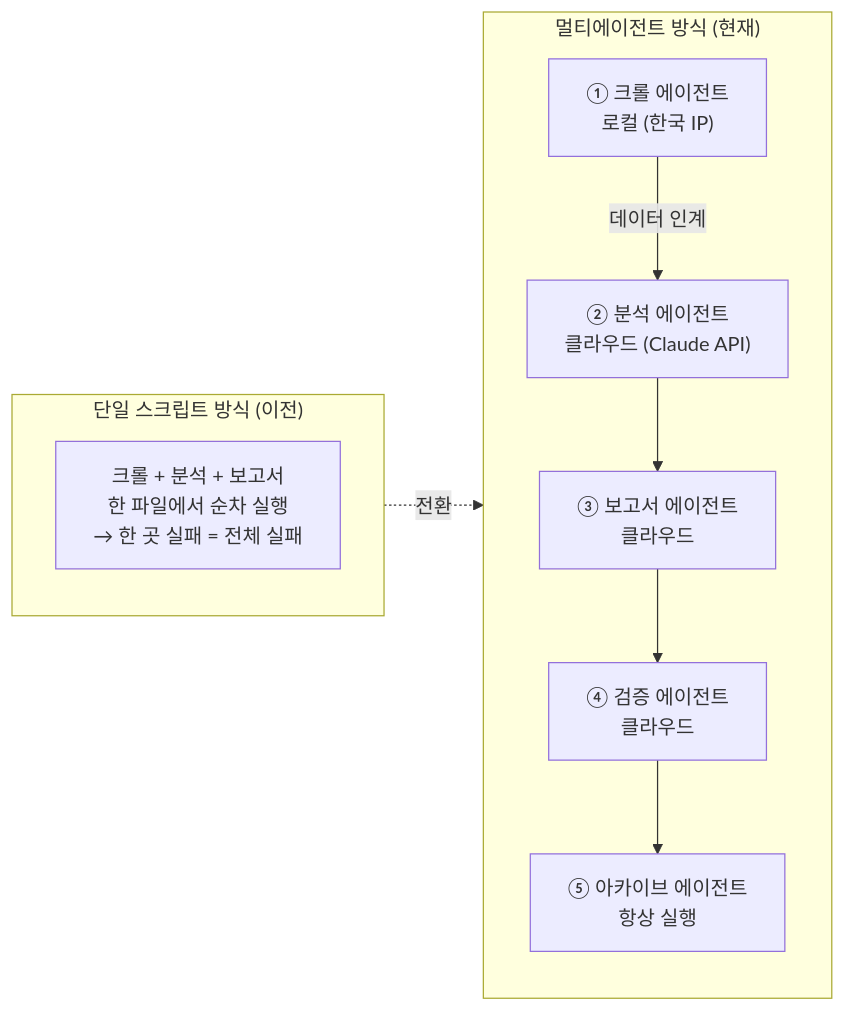
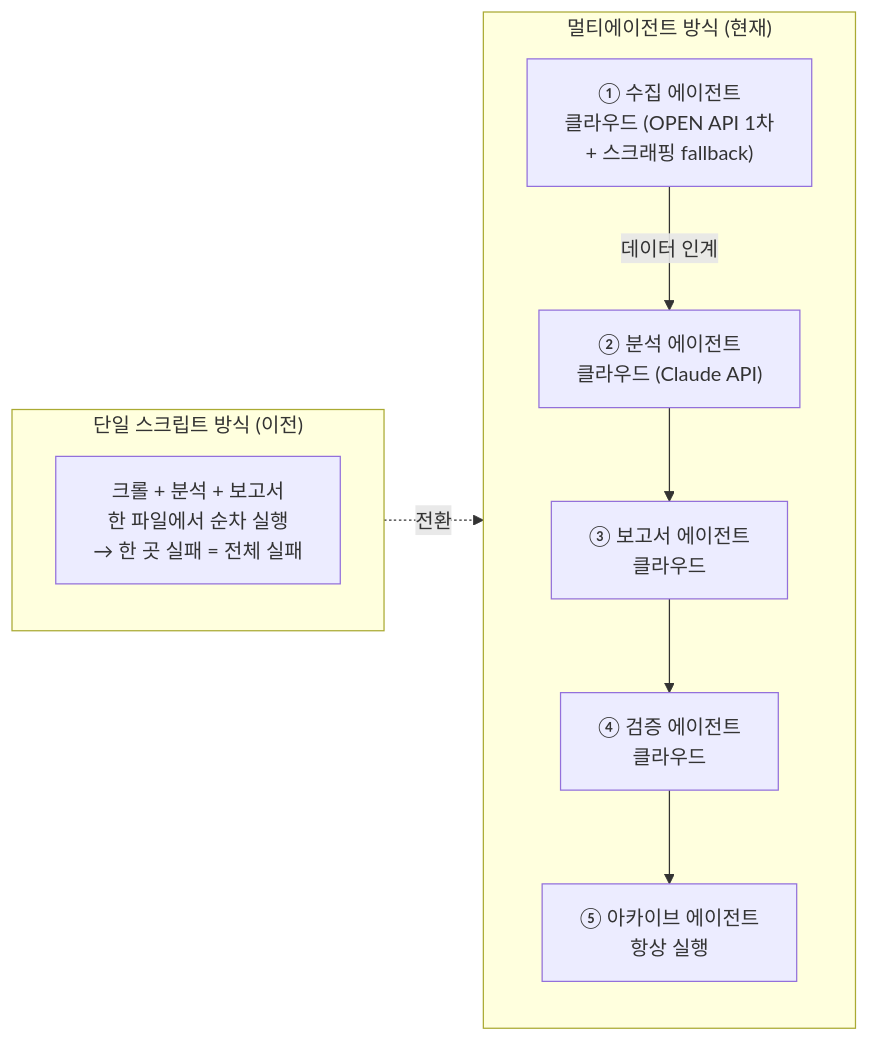
One commit to pyorocop-lang/ibk-FSS-brief changed the diagram in docs/METHODOLOGY.md. Above: the diagram before and after it, drawn with Mermaid. The commit also changed other lines of this file and 21 other files, not shown here.

````diff
--- a/docs/METHODOLOGY.md
+++ b/docs/METHODOLOGY.md
@@ -22,19 +22,19 @@
 ```mermaid
 flowchart LR
     subgraph BEFORE["단일 스크립트 방식 (이전)"]
         direction TB
         S1["크롤 + 분석 + 보고서\n한 파일에서 순차 실행\n→ 한 곳 실패 = 전체 실패"]
     end
 
     subgraph AFTER["멀티에이전트 방식 (현재)"]
         direction TB
-        A1["① 크롤 에이전트\n로컬 (한국 IP)"]
+        A1["① 수집 에이전트\n클라우드 (OPEN API 1차\n+ 스크래핑 fallback)"]
         A2["② 분석 에이전트\n클라우드 (Claude API)"]
         A3["③ 보고서 에이전트\n클라우드"]
         A4["④ 검증 에이전트\n클라우드"]
         A5["⑤ 아카이브 에이전트\n항상 실행"]
         A1 -->|"데이터 인계"| A2 --> A3 --> A4 --> A5
     end
 
     BEFORE -.->|"전환"| AFTER
 ```
````
